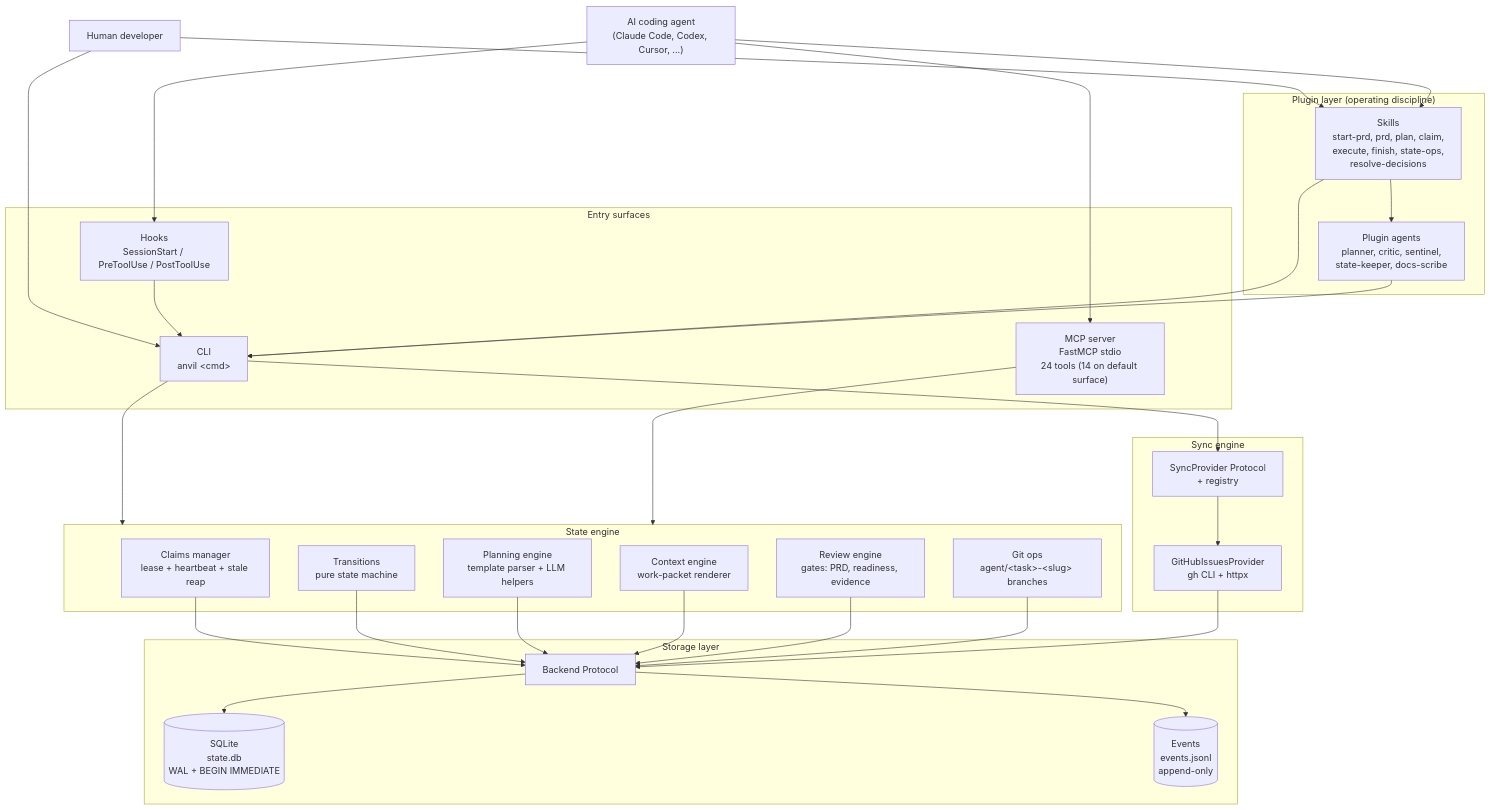
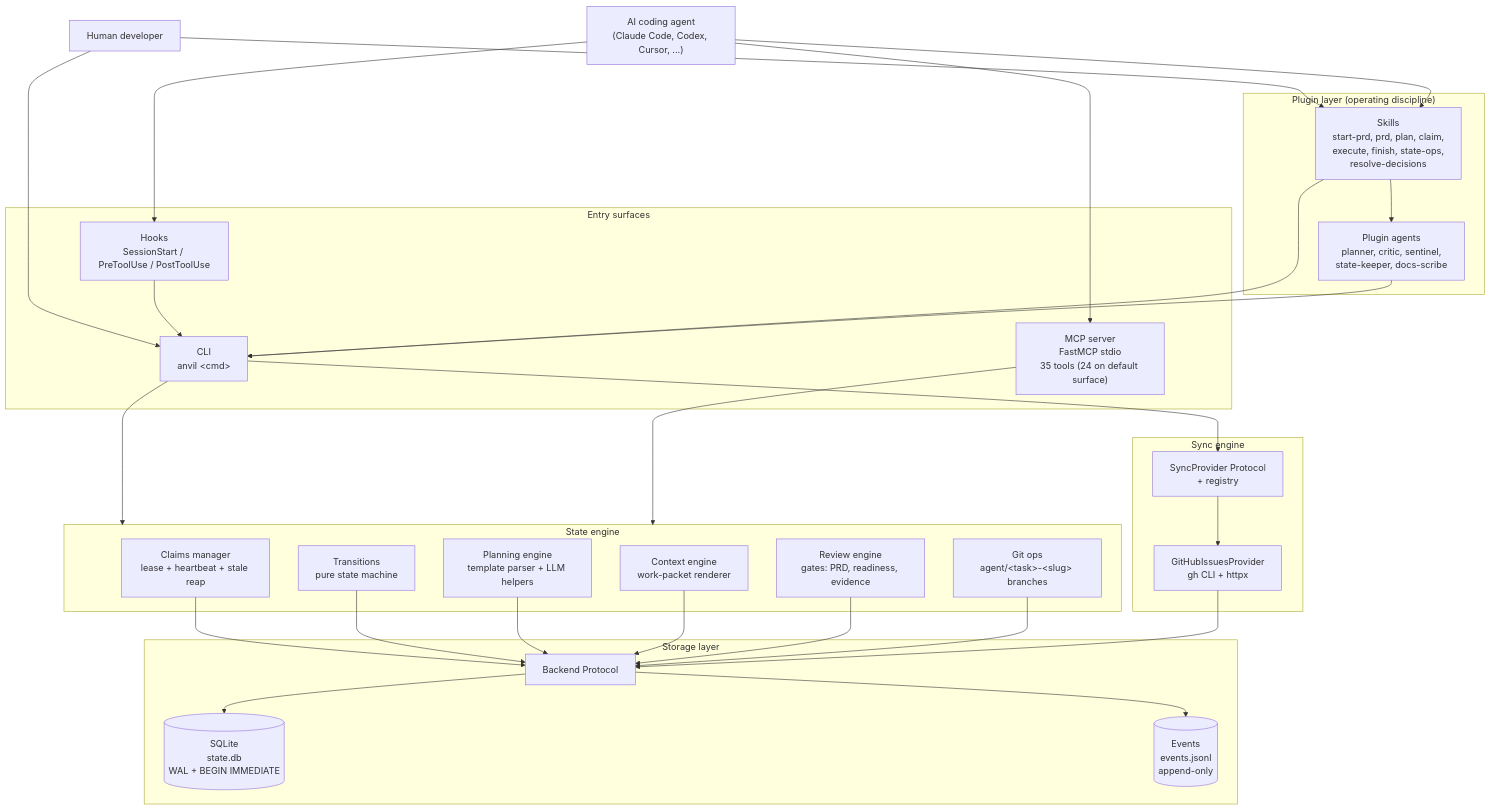
Before and after one commit to fakoli/anvil: the first of 2 diagrams in docs/architecture.md, drawn with Mermaid. The commit also changed other lines of this file and 17 other files, not shown here.

````diff
--- a/docs/architecture.md
+++ b/docs/architecture.md
@@ -47,63 +47,63 @@
 ```mermaid
 graph TD
     User["Human developer"]
     Agent["AI coding agent<br/>(Claude Code, Codex, Cursor, ...)"]
 
     subgraph Entry["Entry surfaces"]
         CLI["CLI<br/>anvil &lt;cmd&gt;"]
-        MCP["MCP server<br/>FastMCP stdio<br/>24 tools (14 on default surface)"]
+        MCP["MCP server<br/>FastMCP stdio<br/>35 tools (24 on default surface)"]
         Hooks["Hooks<br/>SessionStart / PreToolUse / PostToolUse"]
     end
 
     subgraph Plugin["Plugin layer (operating discipline)"]
         Skills["Skills<br/>start-prd, prd, plan, claim,<br/>execute, finish, state-ops,<br/>resolve-decisions"]
         Agents["Plugin agents<br/>planner, critic, sentinel,<br/>state-keeper, docs-scribe"]
     end
 
     subgraph Engine["State engine"]
         Claims["Claims manager<br/>lease + heartbeat + stale reap"]
         Transitions["Transitions<br/>pure state machine"]
         Planning["Planning engine<br/>template parser + LLM helpers"]
         Context["Context engine<br/>work-packet renderer"]
         Review["Review engine<br/>gates: PRD, readiness, evidence"]
         GitOps["Git ops<br/>agent/&lt;task&gt;-&lt;slug&gt; branches"]
     end
 
     subgraph Storage["Storage layer"]
         Backend["Backend Protocol"]
         SQLite[("SQLite<br/>state.db<br/>WAL + BEGIN IMMEDIATE")]
         Events[("Events<br/>events.jsonl<br/>append-only")]
     end
 
     subgraph Sync["Sync engine"]
         SyncProto["SyncProvider Protocol<br/>+ registry"]
         GitHub["GitHubIssuesProvider<br/>gh CLI + httpx"]
     end
 
     User --> CLI
     User --> Skills
     Agent --> MCP
     Agent --> Skills
     Agent --> Hooks
 
     CLI --> Engine
     MCP --> Engine
     Hooks --> CLI
     Skills --> CLI
     Skills --> Agents
     Agents --> CLI
 
     Claims --> Backend
     Transitions --> Backend
     Planning --> Backend
     Context --> Backend
     Review --> Backend
     GitOps --> Backend
 
     Backend --> SQLite
     Backend --> Events
 
     CLI --> SyncProto
     SyncProto --> GitHub
     GitHub --> Backend
 ```
````
